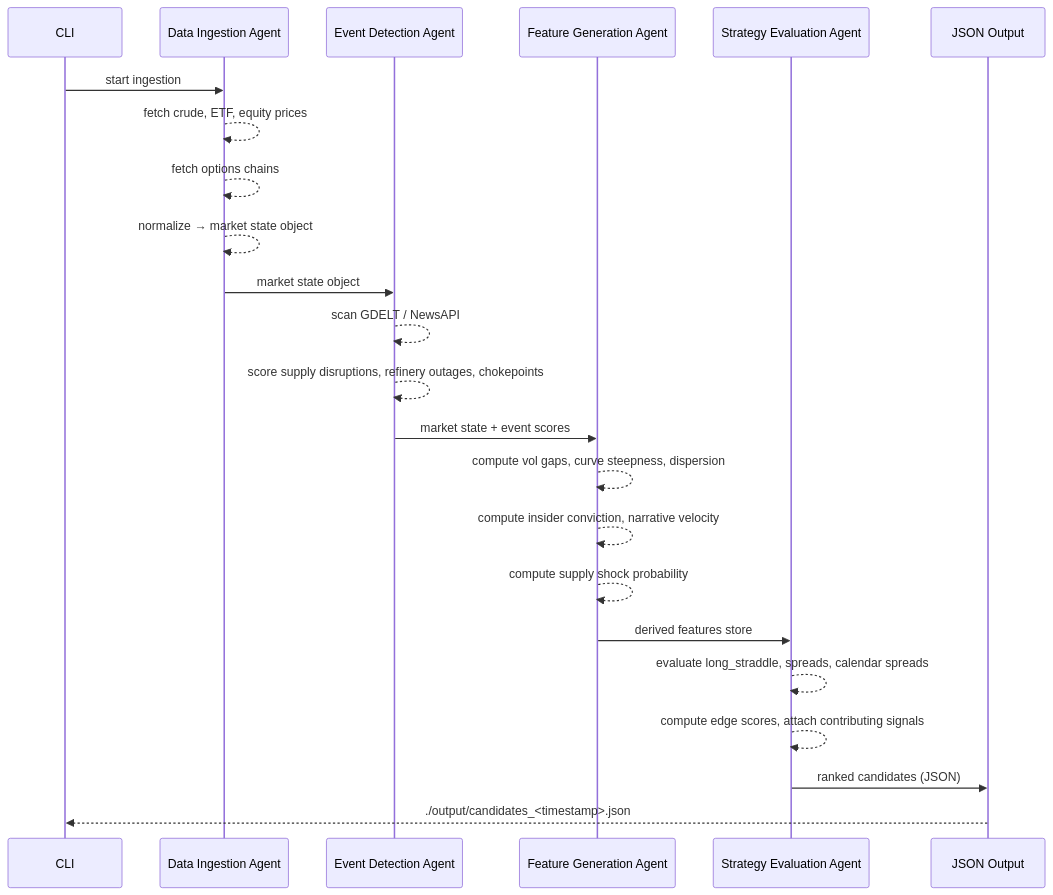
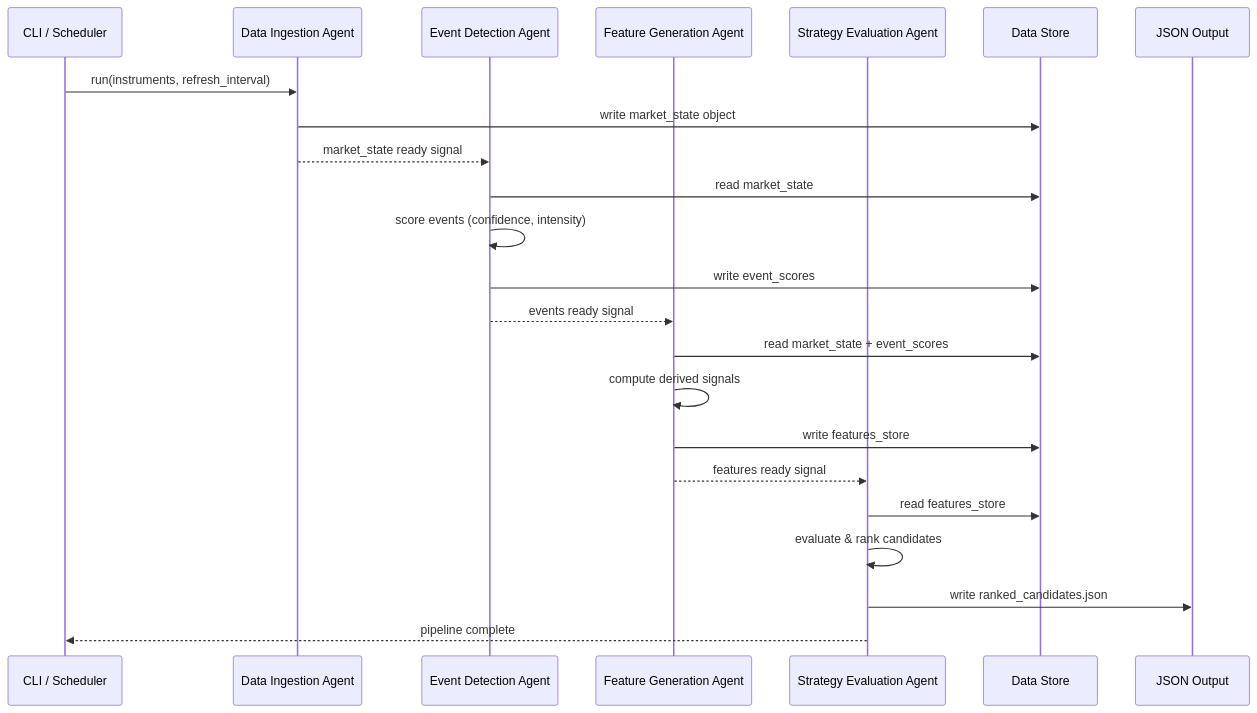
The second of 2 diagrams in docs/generated/user_guide_full-pipeline.md (jeisenback/golden_boy_peanuts), drawn with Mermaid before and after one commit. The commit also changed other lines of this file, not shown here.

````diff
--- a/docs/generated/user_guide_full-pipeline.md
+++ b/docs/generated/user_guide_full-pipeline.md
@@ -262,26 +243,29 @@
 ```mermaid
 sequenceDiagram
-    participant CLI
-    participant Ingest as Data Ingestion Agent
-    participant Events as Event Detection Agent
-    participant Features as Feature Generation Agent
-    participant Strategy as Strategy Evaluation Agent
-    participant Output as JSON Output
+    participant CLI as CLI / Scheduler
+    participant DIA as Data Ingestion Agent
+    participant EDA as Event Detection Agent
+    participant FGA as Feature Generation Agent
+    participant SEA as Strategy Evaluation Agent
+    participant Store as Data Store
+    participant Out as JSON Output
 
-    CLI->>Ingest: start ingestion
-    Ingest-->>Ingest: fetch crude, ETF, equity prices
-    Ingest-->>Ingest: fetch options chains
-    Ingest-->>Ingest: normalize → market state object
-    Ingest->>Events: market state object
-    Events-->>Events: scan GDELT / NewsAPI
-    Events-->>Events: score supply disruptions, refinery outages, chokepoints
-    Events->>Features: market state + event scores
-    Features-->>Features: compute vol gaps, curve steepness, dispersion
-    Features-->>Features: compute insider conviction, narrative velocity
-    Features-->>Features: compute supply shock probability
-    Features->>Strategy: derived features store
-    Strategy-->>Strategy: evaluate long_straddle, spreads, calendar spreads
-    Strategy-->>Strategy: compute edge scores, attach contributing signals
-    Strategy->>Output: ranked candidates (JSON)
-    Output-->>CLI: ./output/candidates_<timestamp>.json
+    CLI->>DIA: run(instruments, refresh_interval)
+    DIA->>Store: write market_state object
+    DIA-->>EDA: market_state ready signal
+
+    EDA->>Store: read market_state
+    EDA->>EDA: score events (confidence, intensity)
+    EDA->>Store: write event_scores
+    EDA-->>FGA: events ready signal
+
+    FGA->>Store: read market_state + event_scores
+    FGA->>FGA: compute derived signals
+    FGA->>Store: write features_store
+    FGA-->>SEA: features ready signal
+
+    SEA->>Store: read features_store
+    SEA->>SEA: evaluate & rank candidates
+    SEA->>Out: write ranked_candidates.json
+    SEA-->>CLI: pipeline complete
 ```
````
